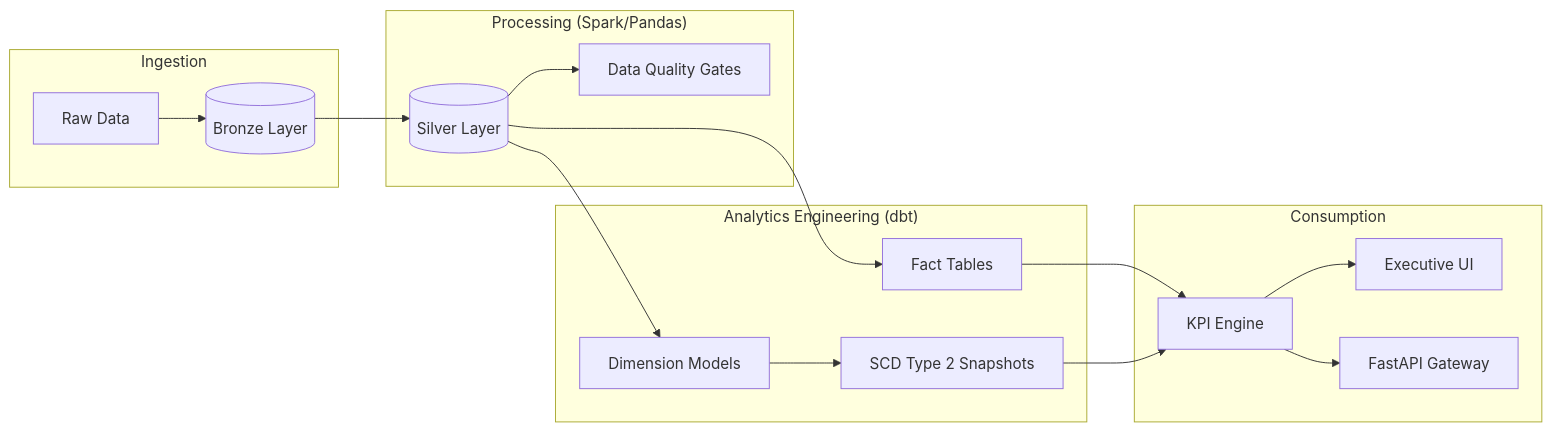
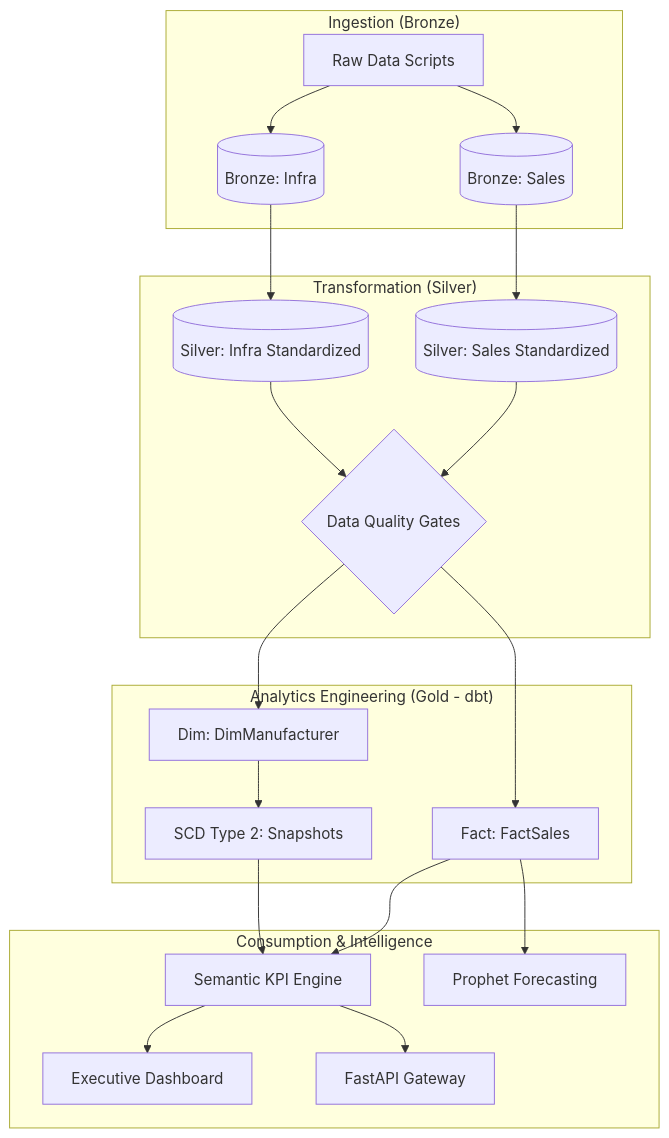
The diagram in README.md (prachichoudhary2004/EV-Intelligence-Analytics-Platform), drawn with Mermaid before and after one commit. The commit also changed other lines of this file and 4 other files, not shown here.

Commit message:
docs: Comprehensive documentation update with real dashboard screenshots and complex architecture diagrams

````diff
--- a/README.md
+++ b/README.md
@@ -23,24 +24,27 @@
 ```mermaid
-graph LR
-    subgraph "Ingestion"
-        RAW[Raw Data] --> BRZ[(Bronze Layer)]
+graph TD
+    subgraph "Ingestion (Bronze)"
+        RAW[Raw Data Scripts] --> B1[(Bronze: Sales)]
+        RAW --> B2[(Bronze: Infra)]
     end
 
-    subgraph "Processing (Spark/Pandas)"
-        BRZ --> SIL[(Silver Layer)]
-        SIL --> DQ[Data Quality Gates]
+    subgraph "Transformation (Silver)"
+        B1 --> S1[(Silver: Sales Standardized)]
+        B2 --> S2[(Silver: Infra Standardized)]
+        S1 & S2 --> DQ{Data Quality Gates}
     end
 
-    subgraph "Analytics Engineering (dbt)"
-        SIL --> DIM[Dimension Models]
-        SIL --> FCT[Fact Tables]
-        DIM --> SNP[SCD Type 2 Snapshots]
+    subgraph "Analytics Engineering (Gold - dbt)"
+        DQ --> FCT[Fact: FactSales]
+        DQ --> DIM[Dim: DimManufacturer]
+        DIM --> SNP[SCD Type 2: Snapshots]
     end
 
-    subgraph "Consumption"
-        FCT --> KPI[KPI Engine]
+    subgraph "Consumption & Intelligence"
+        FCT --> KPI[Semantic KPI Engine]
         SNP --> KPI
-        KPI --> Dashboard[Executive UI]
+        KPI --> Dash[Executive Dashboard]
         KPI --> API[FastAPI Gateway]
+        FCT --> ML[Prophet Forecasting]
     end
 ```
````
